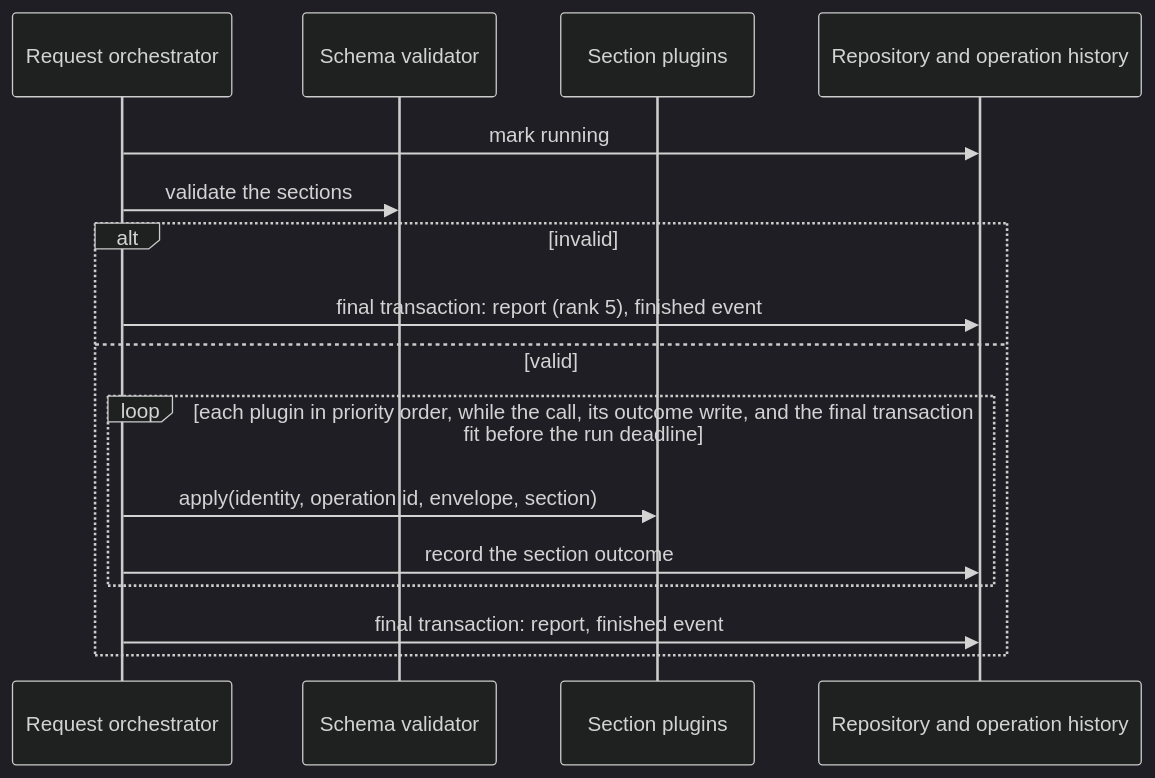
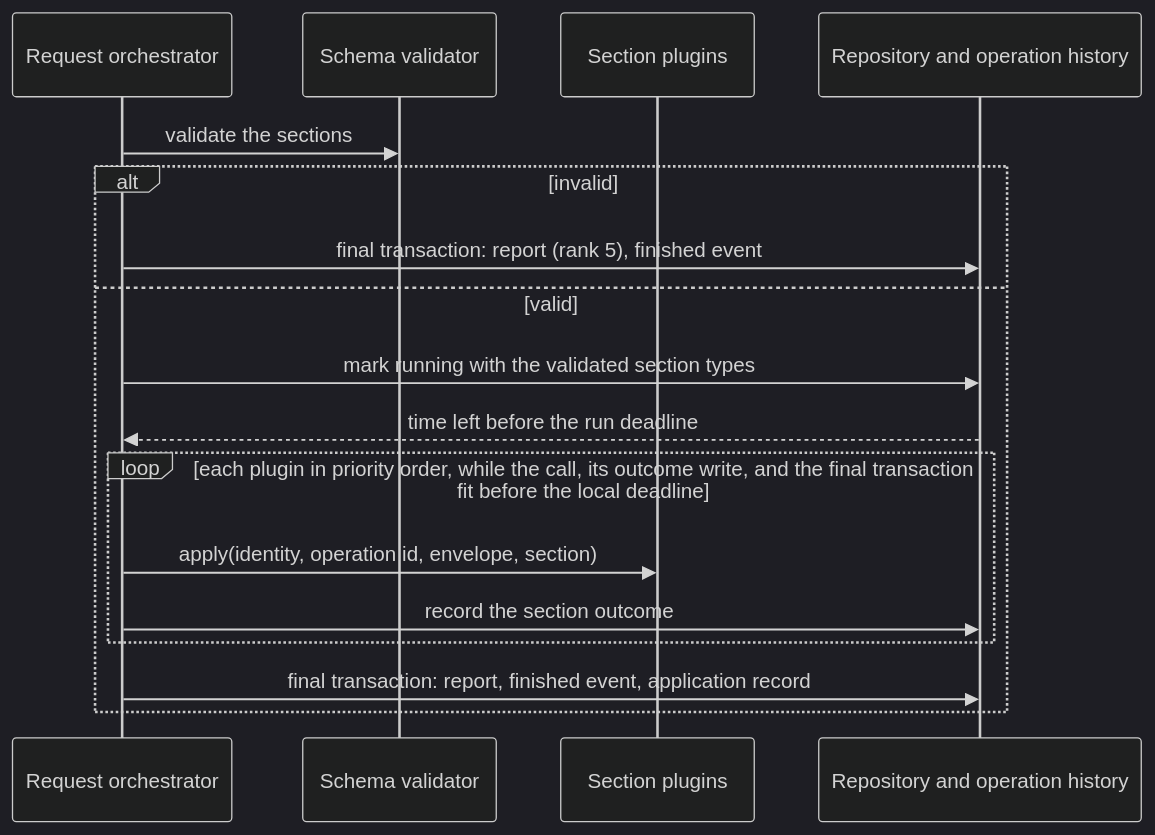
One commit to CommName/gears-rust changed the fifth of 6 diagrams in gears/system/application-manager/docs/DESIGN.md. Above: the diagram before and after it, drawn with Mermaid (dark theme). The commit also changed other lines of this file and 3 other files, not shown here.

````diff
--- a/gears/system/application-manager/docs/DESIGN.md
+++ b/gears/system/application-manager/docs/DESIGN.md
@@ -639,18 +636,19 @@
 ```mermaid
 sequenceDiagram
     participant O as Request orchestrator
     participant V as Schema validator
     participant P as Section plugins
     participant R as Repository and operation history
-    O ->> R: mark running
     O ->> V: validate the sections
     alt invalid
         O ->> R: final transaction: report (rank 5), finished event
     else valid
-        loop each plugin in priority order, while the call, its outcome write, and the final transaction fit before the run deadline
+        O ->> R: mark running with the validated section types
+        R -->> O: time left before the run deadline
+        loop each plugin in priority order, while the call, its outcome write, and the final transaction fit before the local deadline
             O ->> P: apply(identity, operation id, envelope, section)
             O ->> R: record the section outcome
         end
-        O ->> R: final transaction: report, finished event
+        O ->> R: final transaction: report, finished event, application record
     end
 ```
````
